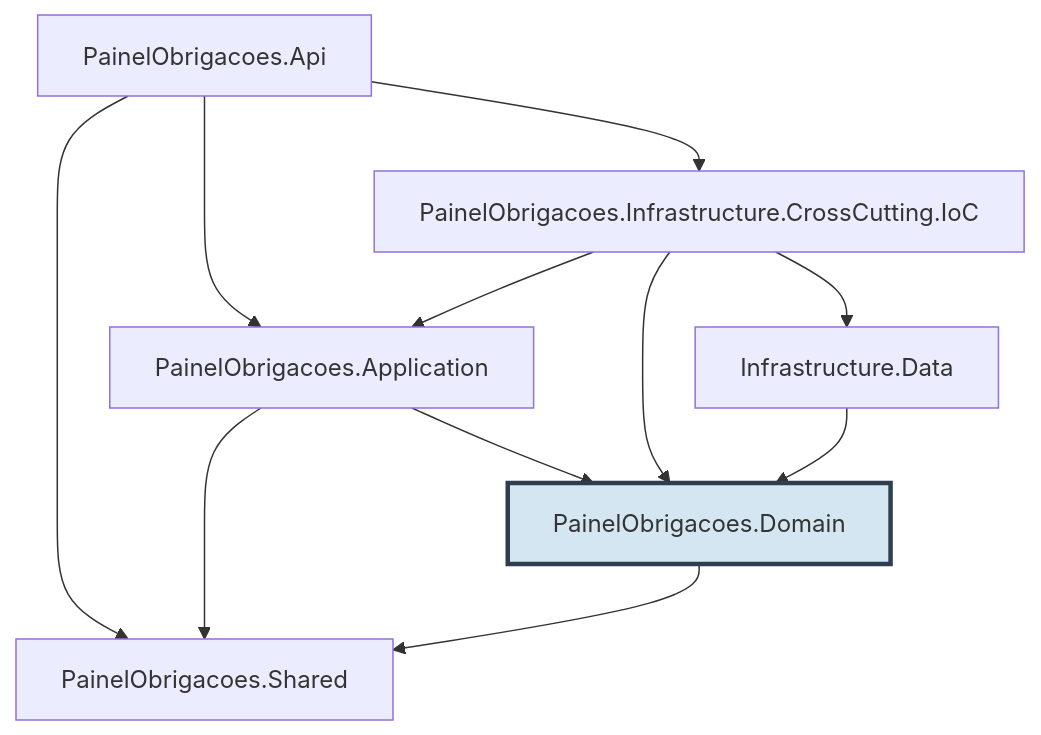
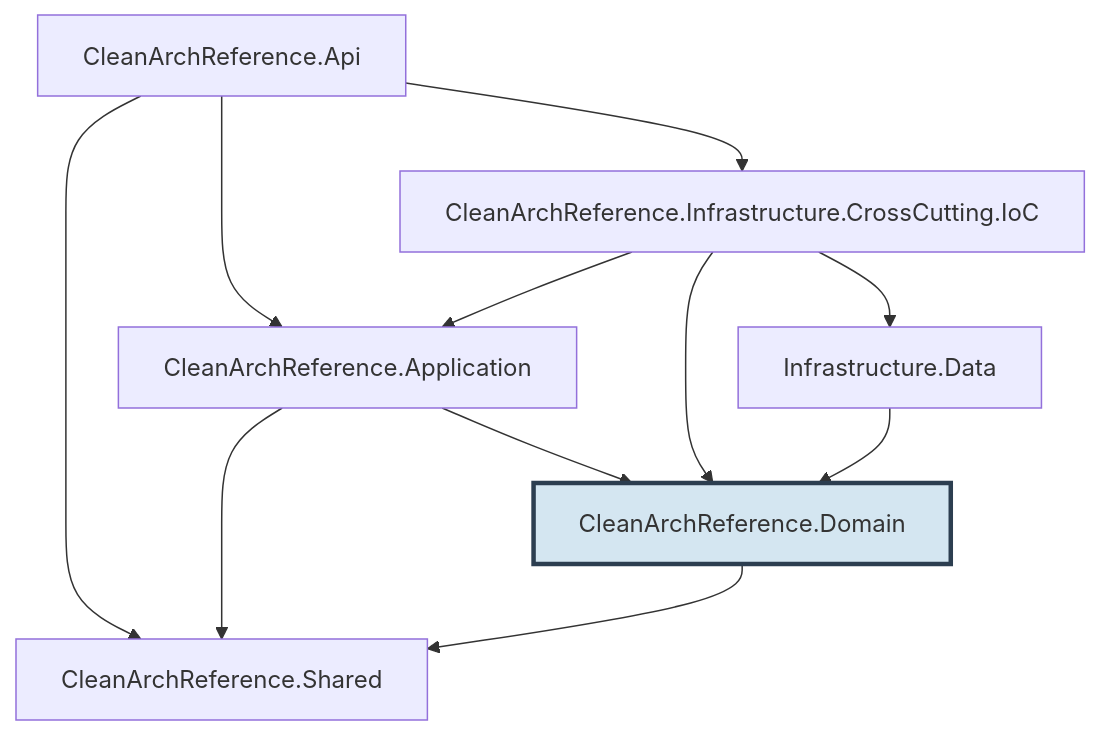
The fifth of 5 diagrams in docs/architecture.md (gabrielmassaia/.NET-Design-Pattern-CQRS-MediatR), drawn with Mermaid before and after one commit. The commit also changed 456 other files, not shown here.

````diff
--- a/docs/architecture.md
+++ b/docs/architecture.md
@@ -176,19 +176,19 @@
 ```mermaid
 graph TD
-    Api[PainelObrigacoes.Api] --> Application[PainelObrigacoes.Application]
-    Api --> IoC[PainelObrigacoes.Infrastructure.CrossCutting.IoC]
-    Api --> Shared[PainelObrigacoes.Shared]
+    Api[CleanArchReference.Api] --> Application[CleanArchReference.Application]
+    Api --> IoC[CleanArchReference.Infrastructure.CrossCutting.IoC]
+    Api --> Shared[CleanArchReference.Shared]
 
-    Application --> Domain[PainelObrigacoes.Domain]
+    Application --> Domain[CleanArchReference.Domain]
     Application --> Shared
 
     IoC --> Domain
     IoC --> Application
     IoC --> Infrastructure.Data
 
     Infrastructure.Data --> Domain
 
     Domain --> Shared
 
     style Domain fill:#d4e6f1,stroke:#2c3e50,stroke-width:3px
 ```
````
